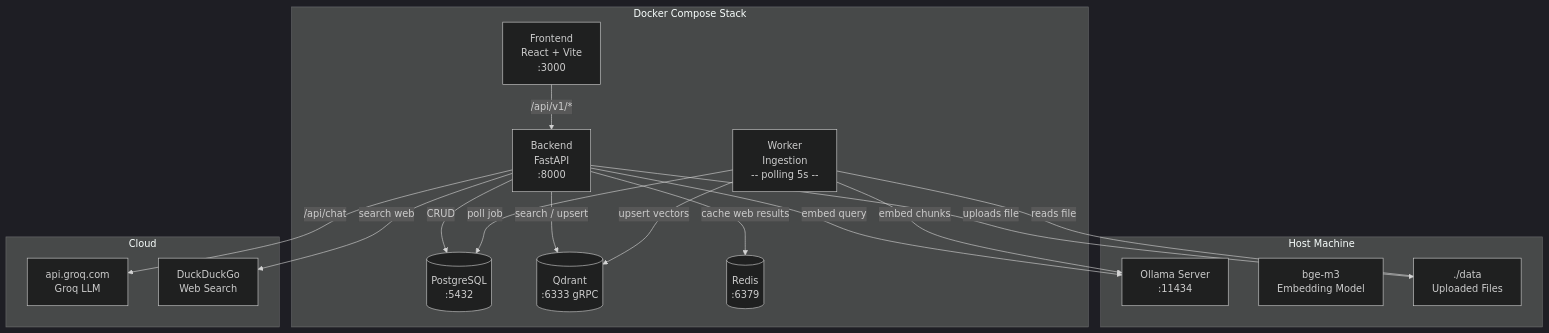
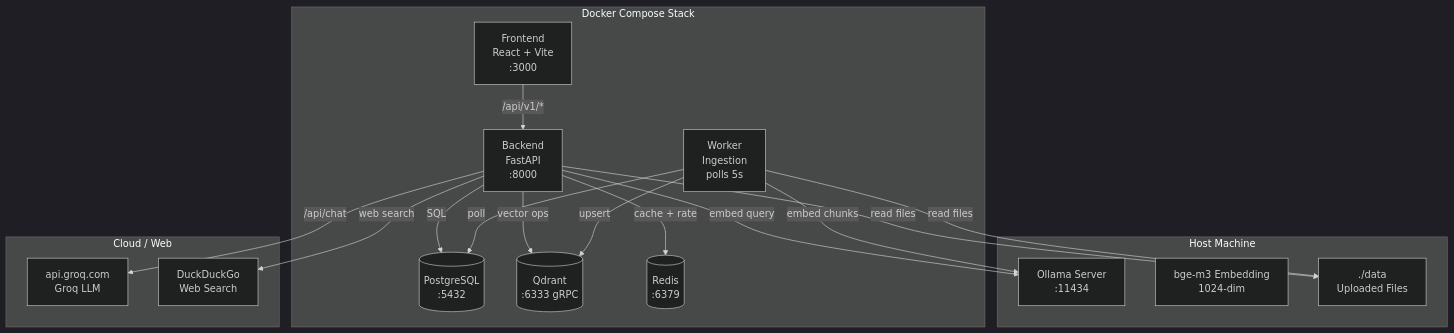
Before and after one commit to zidanbrilliant/chatbot-rag: the first of 2 diagrams in README.md, drawn with Mermaid (dark theme). The commit also changed other lines of this file and 3 other files, not shown here.

````diff
--- a/README.md
+++ b/README.md
@@ -48,35 +51,35 @@
 ```mermaid
 graph TB
     subgraph "Host Machine"
         OLLAMA[Ollama Server<br/>:11434]
-        EMD[bge-m3<br/>Embedding Model]
+        EMD[bge-m3 Embedding<br/>1024-dim]
         DATA[./data<br/>Uploaded Files]
     end
 
     subgraph "Docker Compose Stack"
         FE[Frontend<br/>React + Vite<br/>:3000]
         BE[Backend<br/>FastAPI<br/>:8000]
-        WK[Worker<br/>Ingestion<br/>-- polling 5s --]
+        WK[Worker<br/>Ingestion<br/>polls 5s]
         DB[(PostgreSQL<br/>:5432)]
         QD[(Qdrant<br/>:6333 gRPC)]
         RD[(Redis<br/>:6379)]
     end
 
-    subgraph "Cloud"
+    subgraph "Cloud / Web"
         GR["api.groq.com<br/>Groq LLM"]
         WWW["DuckDuckGo<br/>Web Search"]
     end
 
-    FE -->|/api/v1/*| BE
-    BE -->|CRUD| DB
-    BE -->|search / upsert| QD
-    BE -->|cache web results| RD
+    FE -->|"/api/v1/*"| BE
+    BE -->|SQL| DB
+    BE -->|vector ops| QD
+    BE -->|cache + rate| RD
     BE -->|/api/chat| GR
     BE -->|embed query| OLLAMA
-    BE -->|search web| WWW
-    WK -->|poll job| DB
-    WK -->|upsert vectors| QD
+    BE -->|web search| WWW
+    BE -->|read files| DATA
+    WK -->|poll| DB
+    WK -->|upsert| QD
     WK -->|embed chunks| OLLAMA
-    BE -->|uploads file| DATA
-    WK ---|reads file| DATA
+    WK -->|read files| DATA
 ```
````
